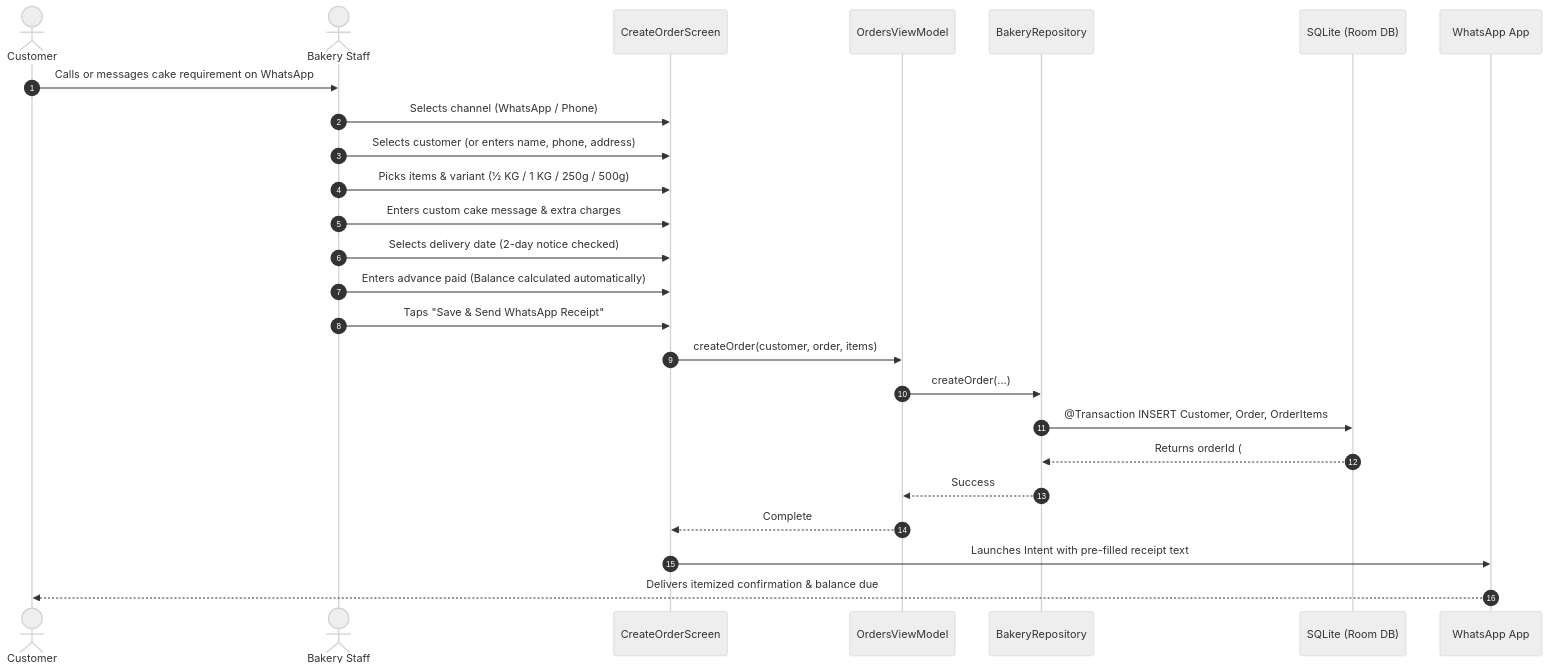
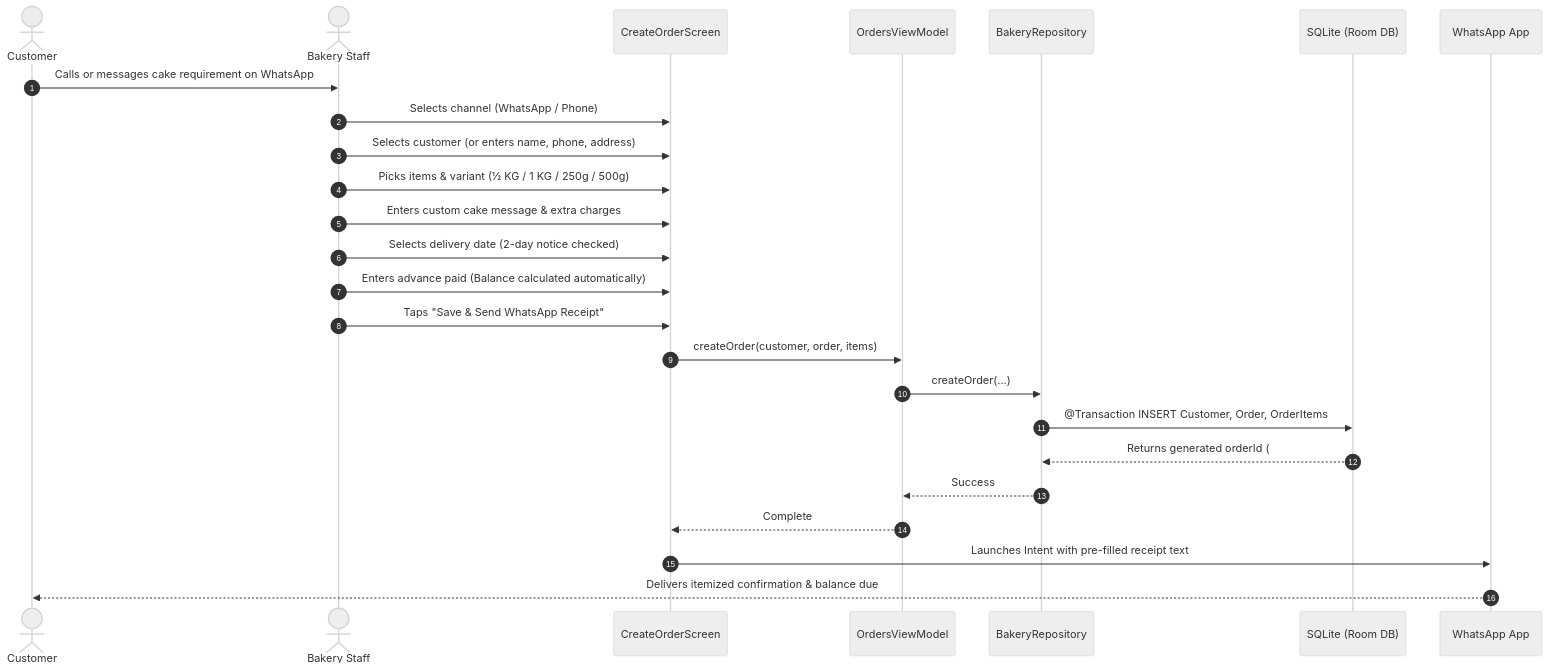
One commit to vipulverulkar/OwnelyBytes changed the fourth of 4 diagrams in README.md. Above: the diagram before and after it, drawn with Mermaid (neutral theme). The commit also changed other lines of this file, not shown here.

````diff
--- a/README.md
+++ b/README.md
@@ -262,28 +239,28 @@
 ```mermaid
 sequenceDiagram
     autonumber
     actor Customer
     actor Baker as Bakery Staff
     participant UI as CreateOrderScreen
     participant VM as OrdersViewModel
     participant Repo as BakeryRepository
     participant DB as SQLite (Room DB)
     participant WA as WhatsApp App
 
     Customer->>Baker: Calls or messages cake requirement on WhatsApp
     Baker->>UI: Selects channel (WhatsApp / Phone)
     Baker->>UI: Selects customer (or enters name, phone, address)
     Baker->>UI: Picks items & variant (½ KG / 1 KG / 250g / 500g)
     Baker->>UI: Enters custom cake message & extra charges
     Baker->>UI: Selects delivery date (2-day notice checked)
     Baker->>UI: Enters advance paid (Balance calculated automatically)
     Baker->>UI: Taps "Save & Send WhatsApp Receipt"
     UI->>VM: createOrder(customer, order, items)
     VM->>Repo: createOrder(...)
     Repo->>DB: @Transaction INSERT Customer, Order, OrderItems
-    DB-->>Repo: Returns orderId (#OB-1001)
+    DB-->>Repo: Returns generated orderId (#OB-{id})
     Repo-->>VM: Success
     VM-->>UI: Complete
     UI->>WA: Launches Intent with pre-filled receipt text
     WA-->>Customer: Delivers itemized confirmation & balance due
 ```
````
